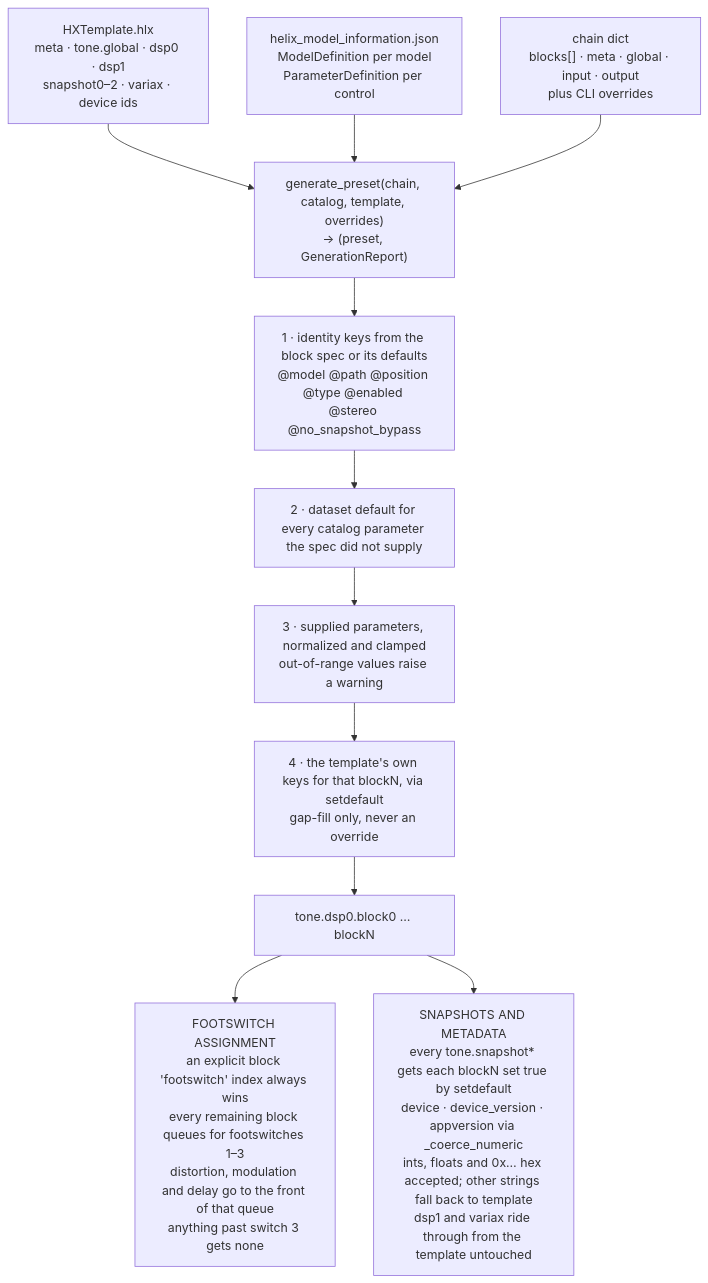
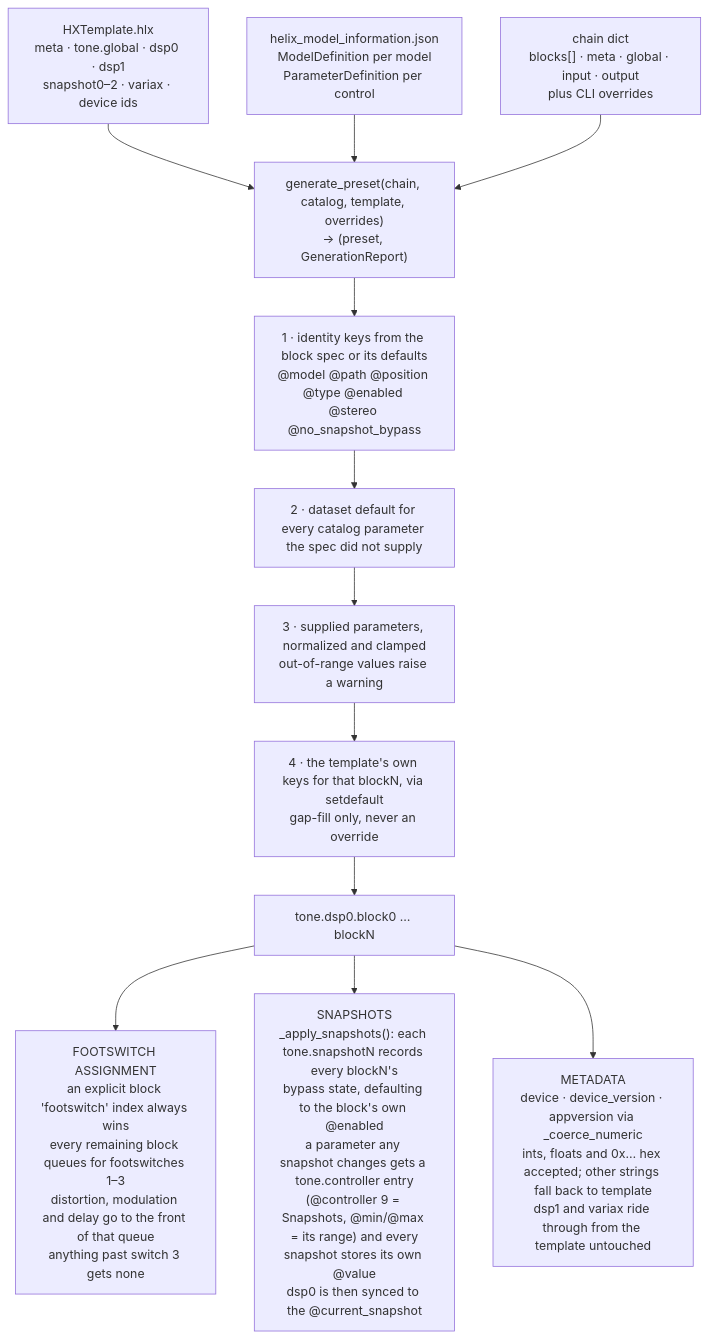
Before and after one commit to ORogers/HelixGen: the third of 3 diagrams in docs/application_flow.md, drawn with Mermaid. The commit also changed other lines of this file and 13 other files, not shown here.

First line of the commit message:
Generate three snapshots per described tone

````diff
--- a/docs/application_flow.md
+++ b/docs/application_flow.md
@@ -109,16 +113,17 @@
 ```mermaid
 flowchart TD
     tpl["HXTemplate.hlx<br>meta · tone.global · dsp0 · dsp1<br>snapshot0–2 · variax · device ids"] --> gp
     cat["helix_model_information.json<br>ModelDefinition per model<br>ParameterDefinition per control"] --> gp
     chain["chain dict<br>blocks[] · meta · global · input · output<br>plus CLI overrides"] --> gp
 
     gp["generate_preset(chain, catalog, template, overrides)<br>→ (preset, GenerationReport)"]
     gp --> l1["1 · identity keys from the block spec or its defaults<br>@model @path @position @type @enabled @stereo @no_snapshot_bypass"]
     l1 --> l2["2 · dataset default for every catalog parameter the spec did not supply"]
     l2 --> l3["3 · supplied parameters, normalized and clamped<br>out-of-range values raise a warning"]
     l3 --> l4["4 · the template's own keys for that blockN, via setdefault<br>gap-fill only, never an override"]
     l4 --> payload["tone.dsp0.block0 … blockN"]
 
     payload --> fs["FOOTSWITCH ASSIGNMENT<br>an explicit block 'footswitch' index always wins<br>every remaining block queues for footswitches 1–3<br>distortion, modulation and delay go to the front of that queue<br>anything past switch 3 gets none"]
-    payload --> sn["SNAPSHOTS AND METADATA<br>every tone.snapshot* gets each blockN set true by setdefault<br>device · device_version · appversion via _coerce_numeric<br>ints, floats and 0x… hex accepted; other strings fall back to template<br>dsp1 and variax ride through from the template untouched"]
+    payload --> sn["SNAPSHOTS<br>_apply_snapshots(): each tone.snapshotN records every blockN's<br>bypass state, defaulting to the block's own @enabled<br>a parameter any snapshot changes gets a tone.controller entry<br>(@controller 9 = Snapshots, @min/@max = its range) and every<br>snapshot stores its own @value<br>dsp0 is then synced to the @current_snapshot"]
+    payload --> md["METADATA<br>device · device_version · appversion via _coerce_numeric<br>ints, floats and 0x… hex accepted; other strings fall back to template<br>dsp1 and variax ride through from the template untouched"]
 ```
````
